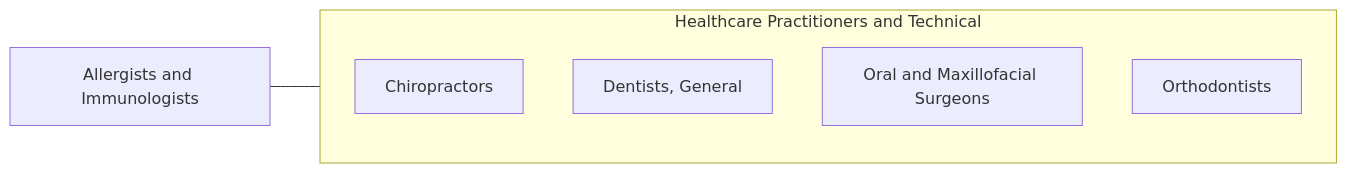
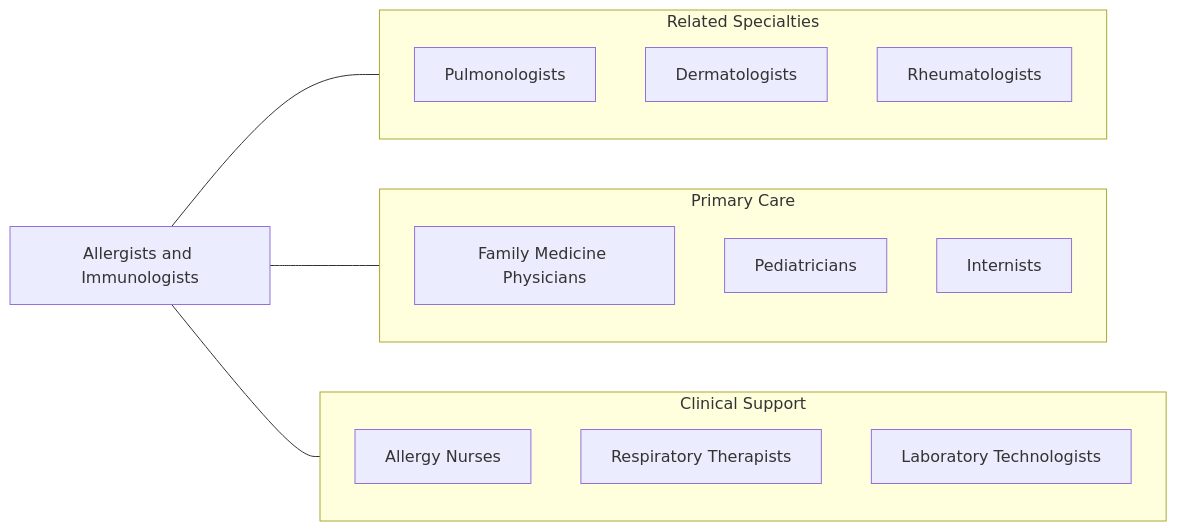
The fourth of 4 diagrams in occupations/HealthcarePractitioners/AllergistsAndImmunologists.mdx (kziemski/business.org.ai), drawn with Mermaid before and after one commit. The commit also changed other lines of this file and 938 other files, not shown here.

````diff
--- a/occupations/HealthcarePractitioners/AllergistsAndImmunologists.mdx
+++ b/occupations/HealthcarePractitioners/AllergistsAndImmunologists.mdx
@@ -115,13 +220,26 @@
 ```mermaid
 graph LR
     Current["Allergists and Immunologists"]
 
-    subgraph SameCategory["Healthcare Practitioners and Technical"]
-        Chiropractors["Chiropractors"]
-        DentistsGeneral["Dentists, General"]
-        OralAndMaxillofacial["Oral and Maxillofacial Surgeons"]
-        Orthodontists["Orthodontists"]
+    subgraph RelatedSpecialties["Related Specialties"]
+        Pulm["Pulmonologists"]
+        Derm["Dermatologists"]
+        Rheum["Rheumatologists"]
     end
 
-    Current --- SameCategory
+    subgraph PrimaryCare["Primary Care"]
+        FamMed["Family Medicine Physicians"]
+        Pediatricians["Pediatricians"]
+        Internists["Internists"]
+    end
+
+    subgraph Support["Clinical Support"]
+        AllergyNurse["Allergy Nurses"]
+        RT["Respiratory Therapists"]
+        LabTech["Laboratory Technologists"]
+    end
+
+    Current --- RelatedSpecialties
+    Current --- PrimaryCare
+    Current --- Support
 ```
````
